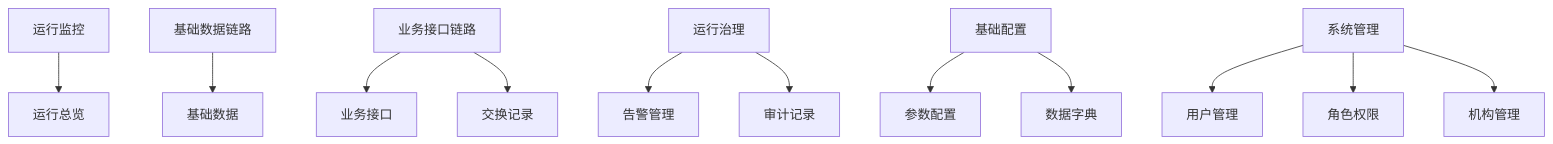
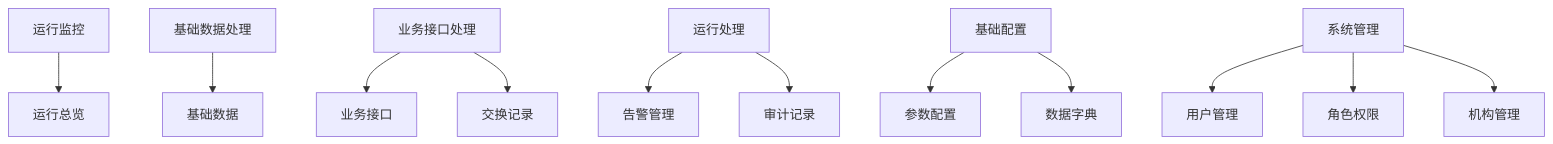
Before and after one commit to zftos-xai/county-integration-platform: the diagram in docs/design/系统UI布局框架.md, drawn with Mermaid. The commit also changed other lines of this file and 192 other files, not shown here.

````diff
--- a/docs/design/系统UI布局框架.md
+++ b/docs/design/系统UI布局框架.md
@@ -24,14 +24,14 @@
 ```mermaid
 flowchart TD
     A[运行监控] --> A1[运行总览]
-    B[基础数据链路] --> B1[基础数据]
-    C[业务接口链路] --> C1[业务接口]
+    B[基础数据处理] --> B1[基础数据]
+    C[业务接口处理] --> C1[业务接口]
     C --> C2[交换记录]
-    D[运行治理] --> D1[告警管理]
+    D[运行处理] --> D1[告警管理]
     D --> D2[审计记录]
     F[基础配置] --> F1[参数配置]
     F --> F2[数据字典]
     G[系统管理] --> G1[用户管理]
     G --> G2[角色权限]
     G --> G3[机构管理]
 ```
````
